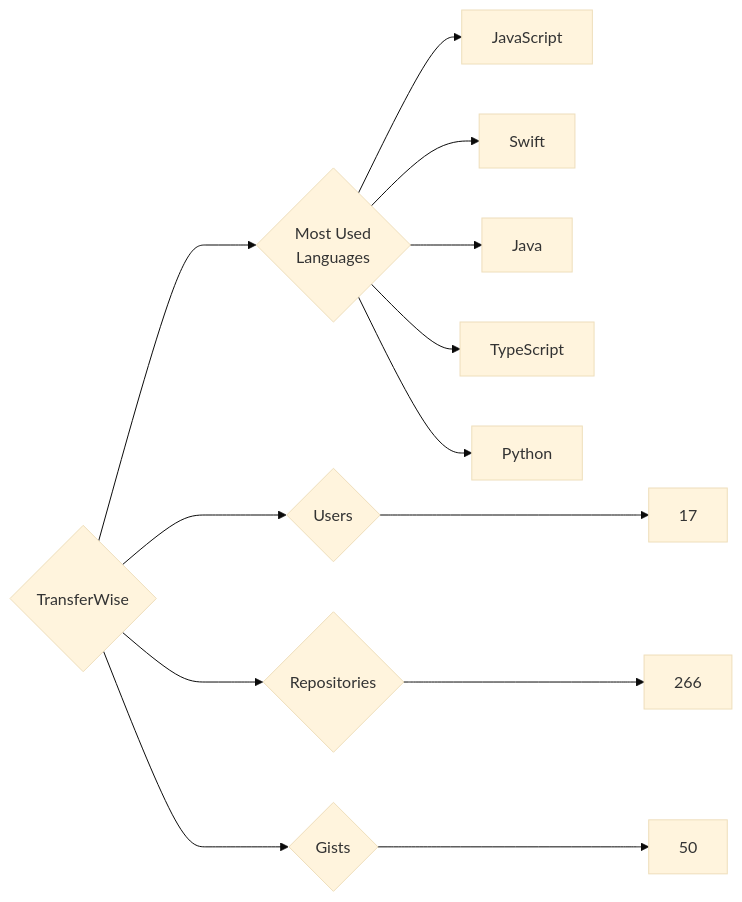
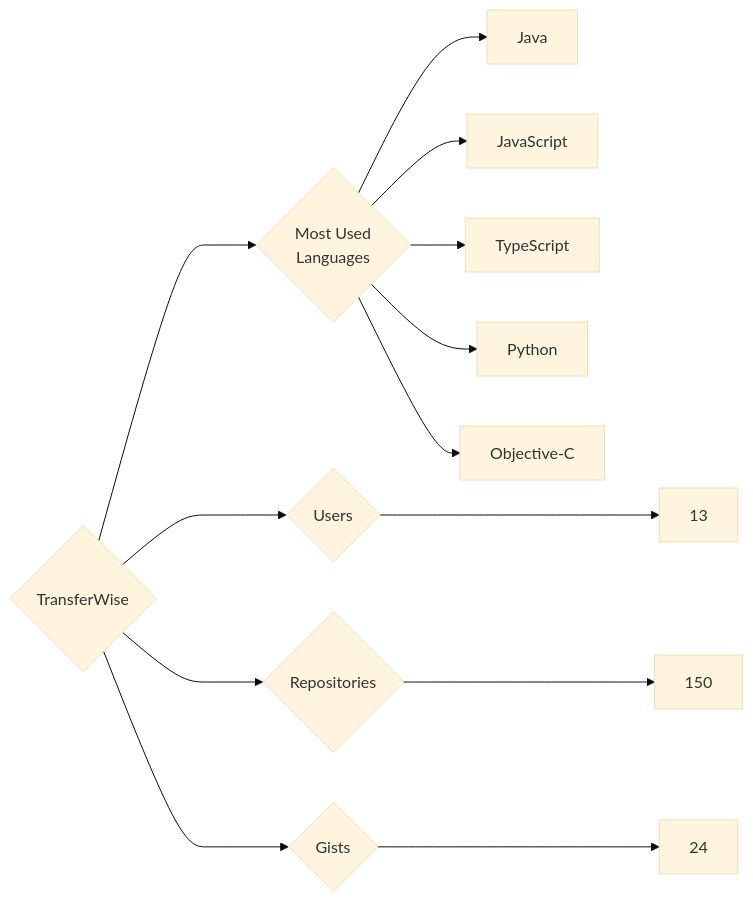
Before and after one commit to trickest/insiders: the diagram in targets/TransferWise/README.md, drawn with Mermaid (base theme). The commit also changed 964 other files, not shown here.

````diff
--- a/targets/TransferWise/README.md
+++ b/targets/TransferWise/README.md
@@ -3,13 +3,13 @@
 ```mermaid
 graph LR
 COMPANY_NAME{TransferWise}
-COMPANY_NAME ---> U{Users} ---> UN[17]
-COMPANY_NAME ---> R{Repositories} ---> RN[266]
-COMPANY_NAME ---> G{Gists} ---> GN[50]
+COMPANY_NAME ---> U{Users} ---> UN[13]
+COMPANY_NAME ---> R{Repositories} ---> RN[150]
+COMPANY_NAME ---> G{Gists} ---> GN[24]
 COMPANY_NAME ---> ML{Most Used<br>Languages}
+ML --> Java[Java]
 ML --> JavaScript[JavaScript]
-ML --> Swift[Swift]
-ML --> Java[Java]
 ML --> TypeScript[TypeScript]
 ML --> Python[Python]
+ML --> Objective-C[Objective-C]
 ```
````
